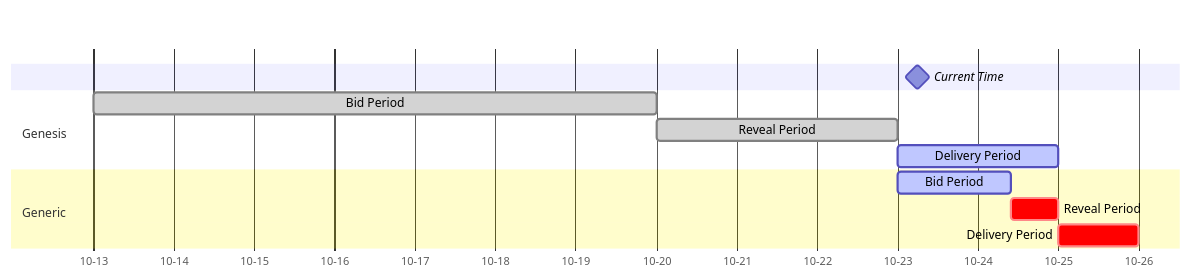
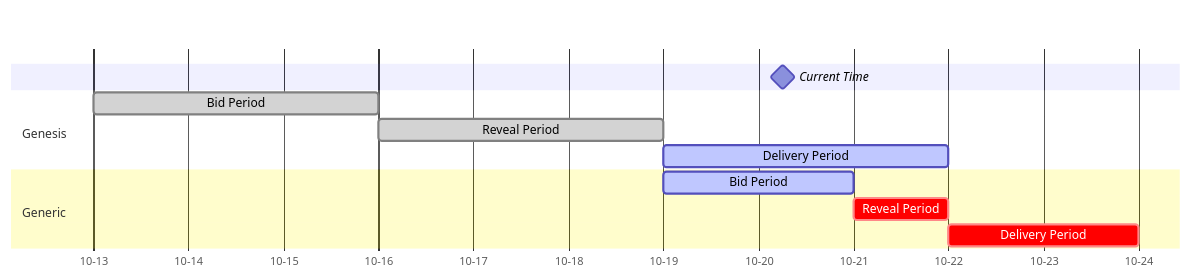
Before and after one commit to zoidz123/zoidz123.github.io: the third of 3 diagrams in docs/order-flow-auction.md, drawn with Mermaid. The commit also changed other lines of this file, not shown here.

Commit message:
New chart

````diff
--- a/docs/order-flow-auction.md
+++ b/docs/order-flow-auction.md
@@ -103,18 +103,18 @@
 ```mermaid
 gantt
     dateFormat  MM-DD
     axisFormat  %m-%d
     todayMarker off
-    Current Time: milestone, 10-23, 12h
+    Current Time: milestone, 10-20, 12h
 
     section Genesis
-    Bid Period                  :done,  des1, 10-13, 7d
+    Bid Period                  :done,  des1, 10-13, 3d
     Reveal Period               :done,  des2, after des1, 3d
-    Delivery Period             :active,  des3, after des2, 2d
+    Delivery Period             :active,  des3, after des2, 3d
 
 
     section Generic
-    Bid Period                  :active,  des4, after des2, 34h
-    Reveal Period               :crit,  des5, after des4, 14h
-    Delivery Period             :crit,  des6, after des5, 1d
+    Bid Period                  :active,  des4, after des2, 2d
+    Reveal Period               :crit,  des5, after des4, 1d
+    Delivery Period             :crit,  des6, after des5, 2d
 ```
````
